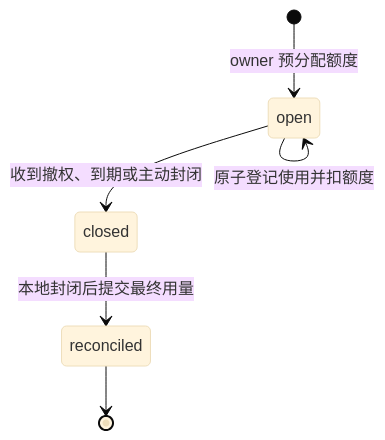
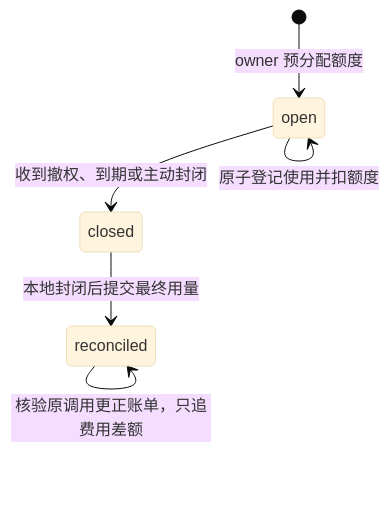
One commit to ruipengliu/lerna changed the third of 3 diagrams in docs/architecture/security/README.md. Above: the diagram before and after it, drawn with Mermaid (base theme). The commit also changed other lines of this file and 83 other files, not shown here.

Commit message:
docs: refine architecture design and verification contracts

````diff
--- a/docs/architecture/security/README.md
+++ b/docs/architecture/security/README.md
@@ -128,8 +128,8 @@
 ```mermaid
 stateDiagram-v2
     [*] --> open: owner 预分配额度
     open --> open: 原子登记使用并扣额度
     open --> closed: 收到撤权、到期或主动封闭
     closed --> reconciled: 本地封闭后提交最终用量
-    reconciled --> [*]
+    reconciled --> reconciled: 核验原调用更正账单，只追费用差额
 ```
````
